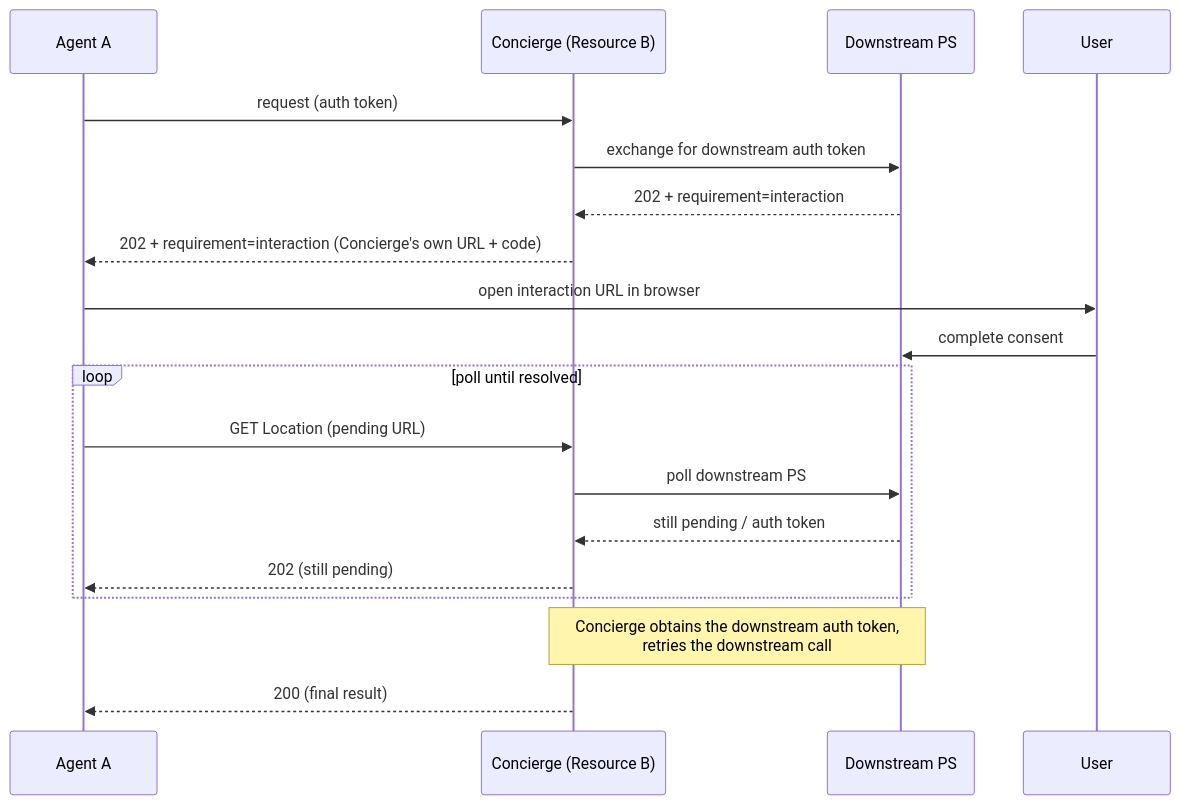
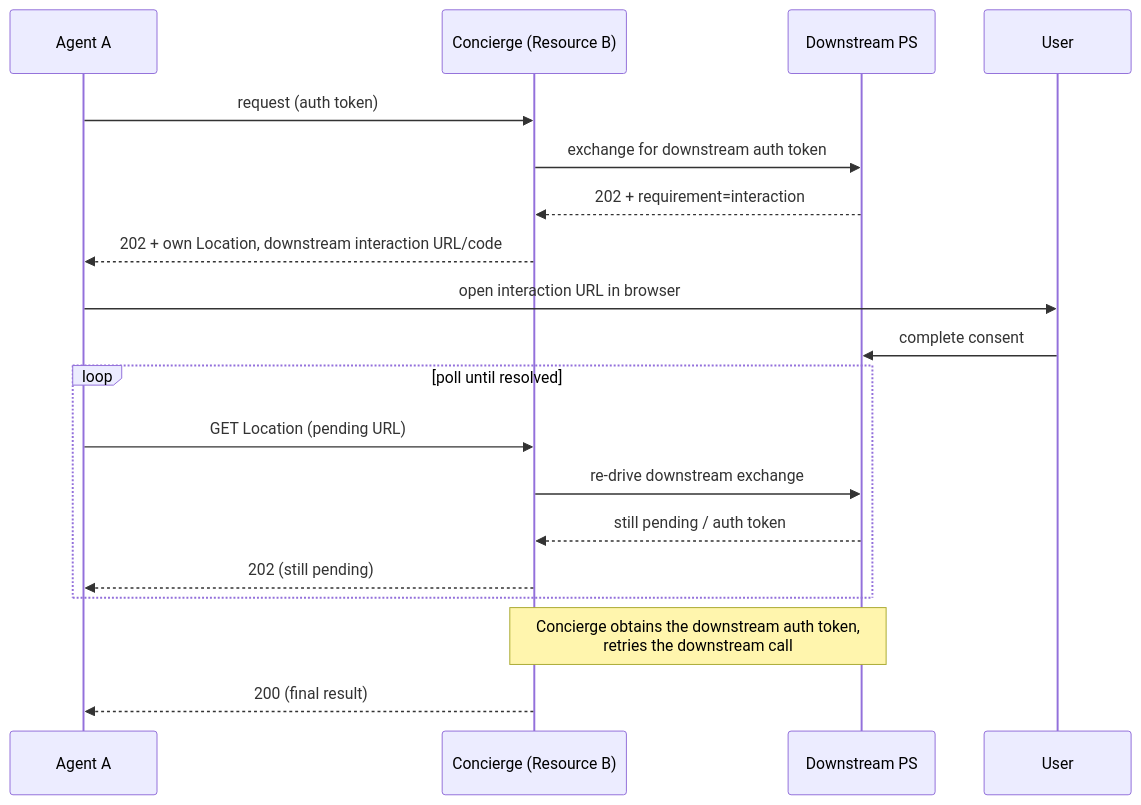
The diagram in docs/advanced/interaction-chaining.md (aauth-dev/dotnet-samples), drawn with Mermaid before and after one commit. The commit also changed other lines of this file and 61 other files, not shown here.

````diff
--- a/docs/advanced/interaction-chaining.md
+++ b/docs/advanced/interaction-chaining.md
@@ -11,24 +29,24 @@
 ```mermaid
 sequenceDiagram
     participant A as Agent A
     participant C as Concierge (Resource B)
     participant PS as Downstream PS
     participant U as User
 
     A->>C: request (auth token)
     C->>PS: exchange for downstream auth token
     PS-->>C: 202 + requirement=interaction
-    C-->>A: 202 + requirement=interaction (Concierge's own URL + code)
+    C-->>A: 202 + own Location, downstream interaction URL/code
 
     A->>U: open interaction URL in browser
     U->>PS: complete consent
 
     loop poll until resolved
         A->>C: GET Location (pending URL)
-        C->>PS: poll downstream PS
+        C->>PS: re-drive downstream exchange
         PS-->>C: still pending / auth token
         C-->>A: 202 (still pending)
     end
     Note over C,PS: Concierge obtains the downstream auth token,<br/>retries the downstream call
     C-->>A: 200 (final result)
 ```
````
